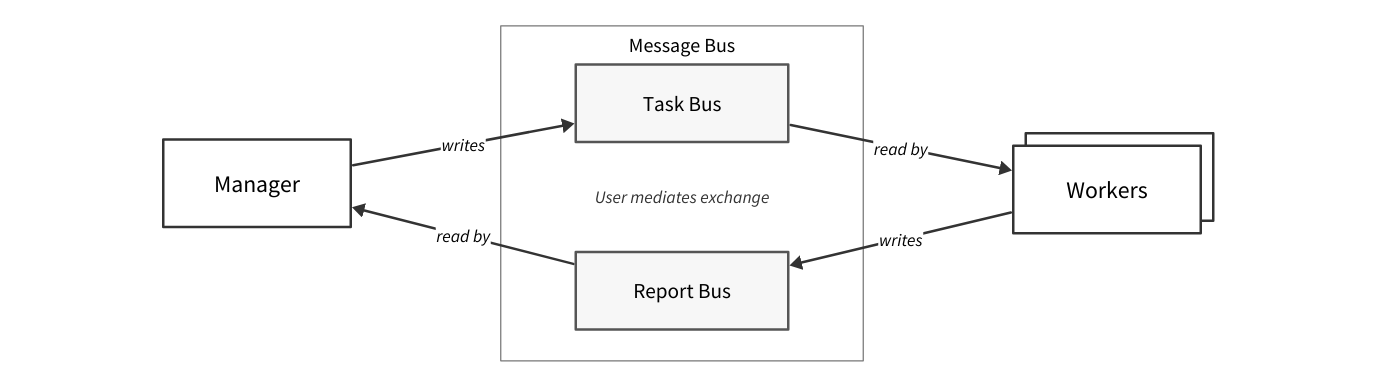
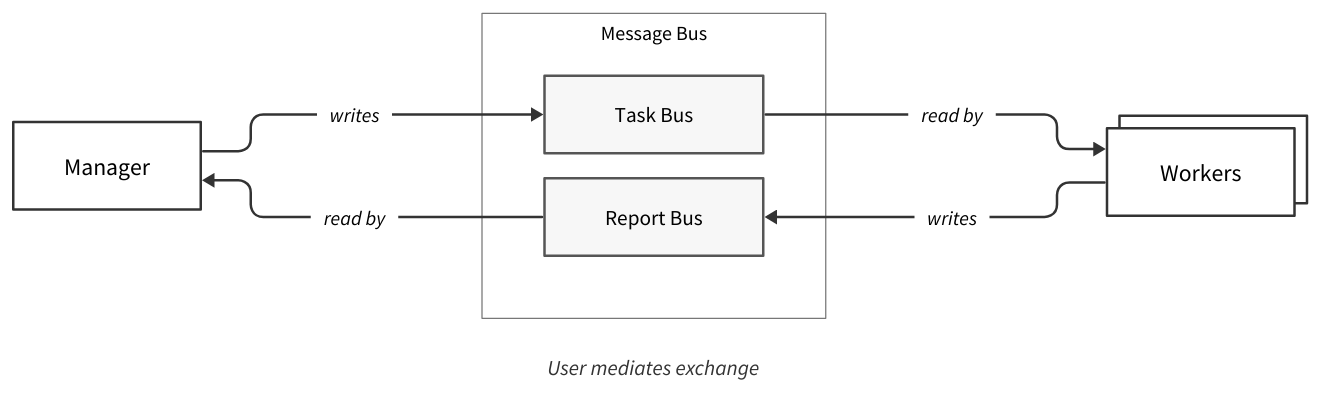
The diagram in diagrams/framework-design/agent-orchestration.d2 (sdi2200262/bsc-apm-thesis), drawn with D2 before and after one commit. The commit also changed 3 other files, not shown here.

Commit message:
chore(thesis): refine framework message bus diagram

```diff
--- a/diagrams/framework-design/agent-orchestration.d2
+++ b/diagrams/framework-design/agent-orchestration.d2
@@ -1,198 +1,148 @@
 direction: right
 
 vars: {
   d2-config: {
     layout-engine: elk
     theme-id: 0
     pad: 18
     center: true
   }
 }
 
 classes: {
-  role: {
+  actor: {
     style: {
       fill: "#ffffff"
       stroke: "#333333"
       stroke-width: 2
       font-color: "#000000"
       font-size: 19
       bold: false
       border-radius: 0
       shadow: false
     }
   }
-  bus: {
+  artefact: {
     style: {
       fill: "#f7f7f7"
       stroke: "#555555"
       stroke-width: 2
       font-color: "#000000"
       font-size: 17
       bold: false
       border-radius: 0
       shadow: false
     }
   }
-  annotation: {
-    shape: text
-    style: {
-      font-color: "#333333"
-      font-size: 14
-      italic: true
-    }
-  }
-}
-
-exchange: {
-  label: ""
-  grid-rows: 1
-  grid-columns: 3
-  horizontal-gap: 120
-  vertical-gap: 10
-  style: {
-    fill: transparent
-    stroke: transparent
-  }
-
-  manager_column: {
-    label: ""
-    grid-rows: 3
-    grid-columns: 1
-    grid-gap: 0
-    style: {
-      fill: transparent
-      stroke: transparent
-    }
-    spacer_top: {
-      label: ""
-      width: 1
-      height: 91
-      style.opacity: 0
-    }
-    manager: {
-      label: Manager
-      class: role
-      width: 150
-      height: 70
-    }
-    spacer_bottom: {
-      label: ""
-      width: 1
-      height: 91
-      style.opacity: 0
-    }
-  }
-
-  message_bus: {
-    label: Message Bus
-    grid-rows: 3
-    grid-columns: 1
-    vertical-gap: 25
+  holder: {
     style: {
       fill: "#ffffff"
       stroke: "#777777"
       stroke-width: 1
       font-color: "#000000"
       font-size: 16
       bold: false
       border-radius: 0
       shadow: false
     }
-
-    task: {
-      label: Task Bus
-      class: bus
-      width: 170
-      height: 62
-    }
-
-    mediation: {
-      label: User mediates exchange
-      shape: rectangle
-      width: 170
-      height: 38
-      style: {
-        fill: transparent
-        stroke: transparent
-        font-color: "#333333"
-        font-size: 14
-        bold: false
-        italic: true
-      }
-    }
-
-    report: {
-      label: Report Bus
-      class: bus
-      width: 170
-      height: 62
-    }
   }
-
-  worker_column: {
-    label: ""
-    grid-rows: 3
-    grid-columns: 1
-    grid-gap: 0
+  annotation: {
+    shape: rectangle
+    width: 230
+    height: 38
     style: {
       fill: transparent
       stroke: transparent
-    }
-    spacer_top: {
-      label: ""
-      width: 1
-      height: 86
-      style.opacity: 0
-    }
-    workers: {
-      label: Workers
-      class: role
-      width: 150
-      height: 70
-      style.multiple: true
-    }
-    spacer_bottom: {
-      label: ""
-      width: 1
-      height: 96
-      style.opacity: 0
+      font-color: "#333333"
+      font-size: 17
+      bold: false
+      italic: true
     }
   }
 }
 
-exchange.manager_column.manager -> exchange.message_bus.task: writes {
+manager: {
+  label: Manager
+  class: actor
+  width: 150
+  height: 70
+}
+
+message_bus: {
+  label: Message Bus
+  class: holder
+
+  task: {
+    label: Task Bus
+    class: artefact
+    width: 175
+    height: 62
+  }
+
+  report: {
+    label: Report Bus
+    class: artefact
+    width: 175
+    height: 62
+  }
+}
+
+workers: {
+  label: Workers
+  class: actor
+  width: 150
+  height: 70
+  style.multiple: true
+}
+
+mediation: {
+  label: User mediates exchange
+  class: annotation
+  width: 230
+  height: 38
+  near: bottom-center
+}
+
+manager -> message_bus.task: " writes " {
   style: {
     stroke: "#333333"
     stroke-width: 2
     font-color: "#000000"
-    font-size: 14
+    font-size: 16
+    border-radius: 10
   }
 }
 
-exchange.message_bus.task -> exchange.worker_column.workers: read by {
+message_bus.task -> workers: " read by " {
   style: {
     stroke: "#333333"
     stroke-width: 2
     font-color: "#000000"
-    font-size: 14
+    font-size: 16
+    border-radius: 10
   }
 }
 
-exchange.worker_column.workers -> exchange.message_bus.report: writes {
+message_bus.report <-> workers: " writes " {
+  source-arrowhead.shape: triangle
+  target-arrowhead.shape: none
   style: {
     stroke: "#333333"
     stroke-width: 2
     font-color: "#000000"
-    font-size: 14
+    font-size: 16
+    border-radius: 10
   }
 }
 
-exchange.message_bus.report -> exchange.manager_column.manager: read by {
+manager <-> message_bus.report: " read by " {
+  source-arrowhead.shape: triangle
+  target-arrowhead.shape: none
   style: {
     stroke: "#333333"
     stroke-width: 2
     font-color: "#000000"
-    font-size: 14
+    font-size: 16
+    border-radius: 10
   }
 }
```
